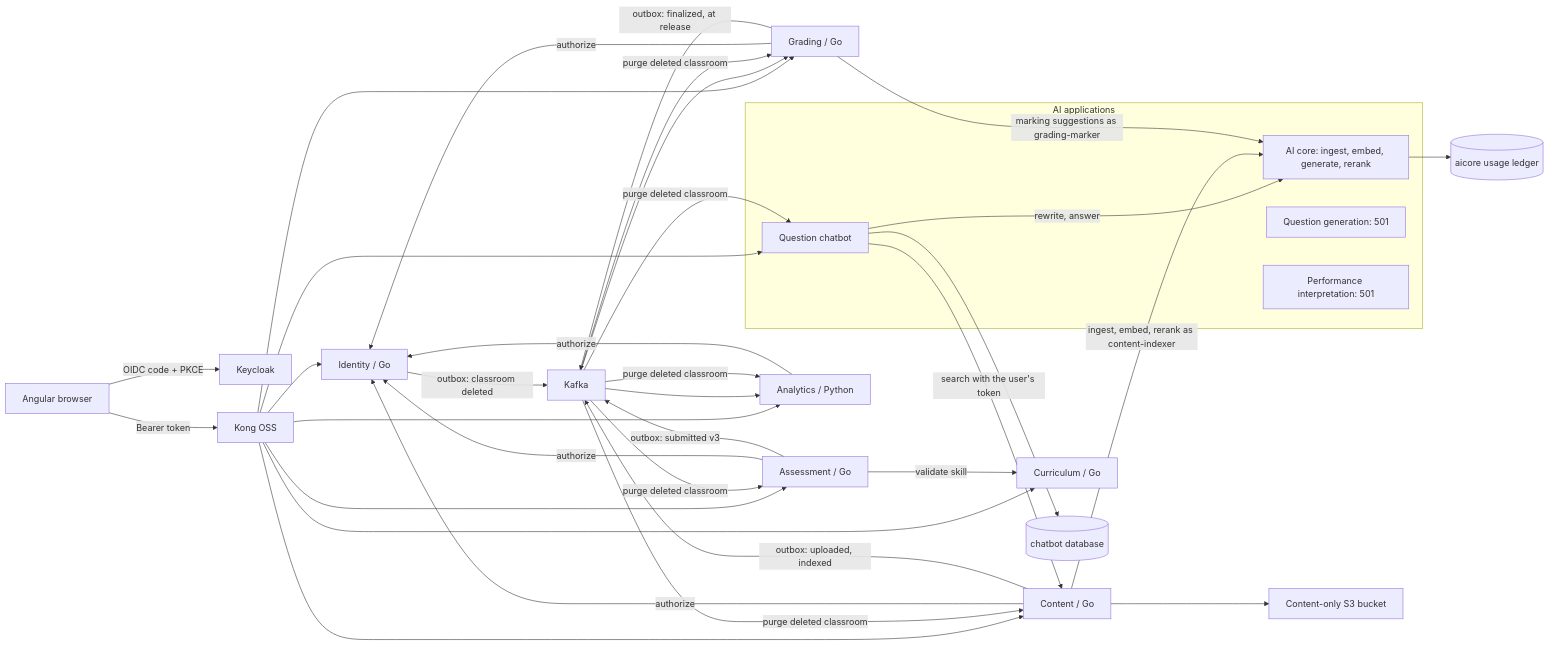
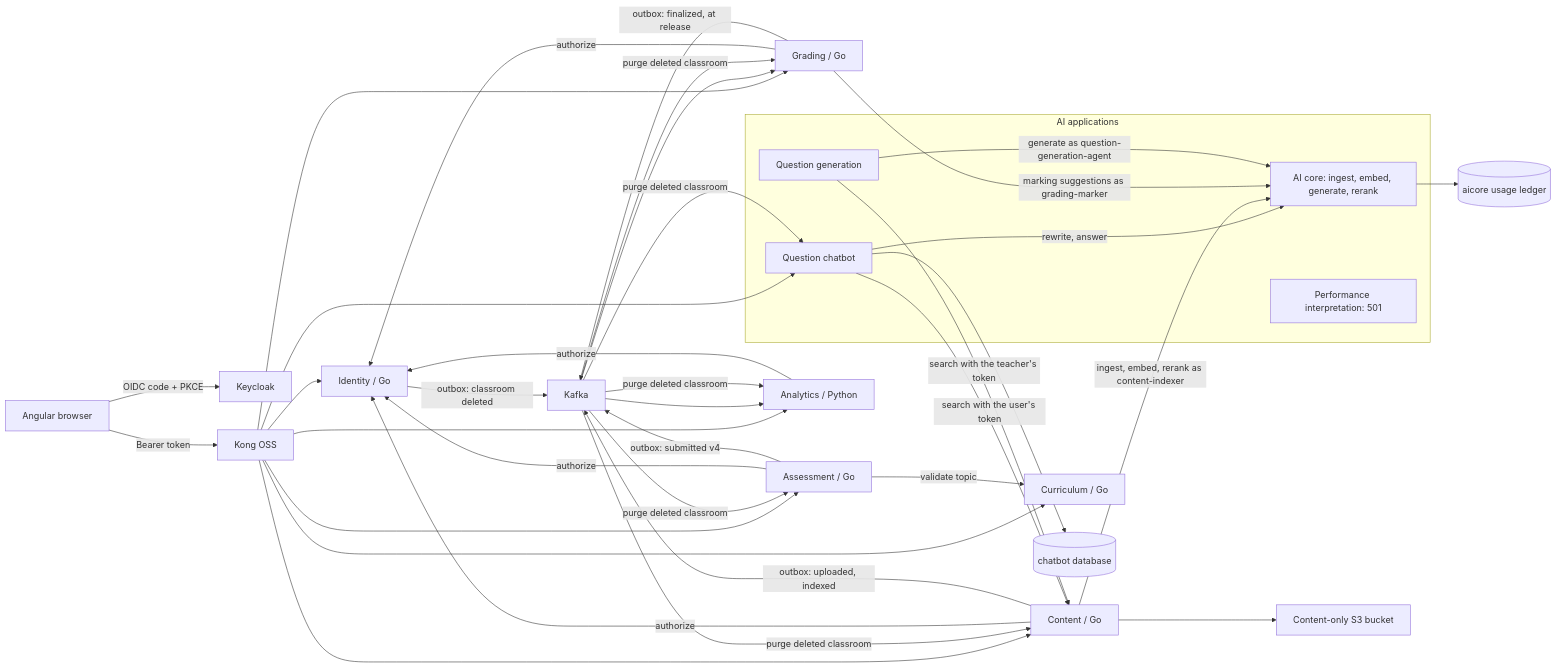
One commit to Naren3333/FSD_2026 changed the first of 2 diagrams in docs/architecture/system.md. Above: the diagram before and after it, drawn with Mermaid. The commit also changed other lines of this file and 134 other files, not shown here.

````diff
--- a/docs/architecture/system.md
+++ b/docs/architecture/system.md
@@ -3,41 +3,43 @@
 ```mermaid
 flowchart LR
   Browser[Angular browser] -->|OIDC code + PKCE| Keycloak
   Browser -->|Bearer token| Kong[Kong OSS]
   Kong --> Identity[Identity / Go]
   Kong --> Curriculum[Curriculum / Go]
   Kong --> Content[Content / Go]
   Kong --> Assessment[Assessment / Go]
   Kong --> Grading[Grading / Go]
   Kong --> Analytics[Analytics / Python]
   Kong --> QC
   QC -->|search with the user's token| Content
   QC -->|rewrite, answer| AI
   QC --> ChatDB[(chatbot database)]
   Content --> S3[Content-only S3 bucket]
   Content -->|authorize| Identity
   Assessment -->|authorize| Identity
-  Assessment -->|validate skill| Curriculum
+  Assessment -->|validate topic| Curriculum
   Grading -->|authorize| Identity
   Analytics -->|authorize| Identity
-  Assessment -->|outbox: submitted v3| Kafka
+  Assessment -->|outbox: submitted v4| Kafka
   Kafka --> Grading
   Grading -->|outbox: finalized, at release| Kafka
   Kafka --> Analytics
   Content -->|outbox: uploaded, indexed| Kafka
   Identity -->|outbox: classroom deleted| Kafka
   Kafka -->|purge deleted classroom| Content
   Kafka -->|purge deleted classroom| Assessment
   Kafka -->|purge deleted classroom| Grading
   Kafka -->|purge deleted classroom| Analytics
   Kafka -->|purge deleted classroom| QC
   AI --> AIDB[(aicore usage ledger)]
   Content -->|ingest, embed, rerank as content-indexer| AI
   Grading -->|marking suggestions as grading-marker| AI
+  QG -->|generate as question-generation-agent| AI
+  QG -->|search with the teacher's token| Content
   subgraph AI applications
     AI[AI core: ingest, embed, generate, rerank]
-    QG[Question generation: 501]
+    QG[Question generation]
     SP[Performance interpretation: 501]
     QC[Question chatbot]
   end
 ```
````
